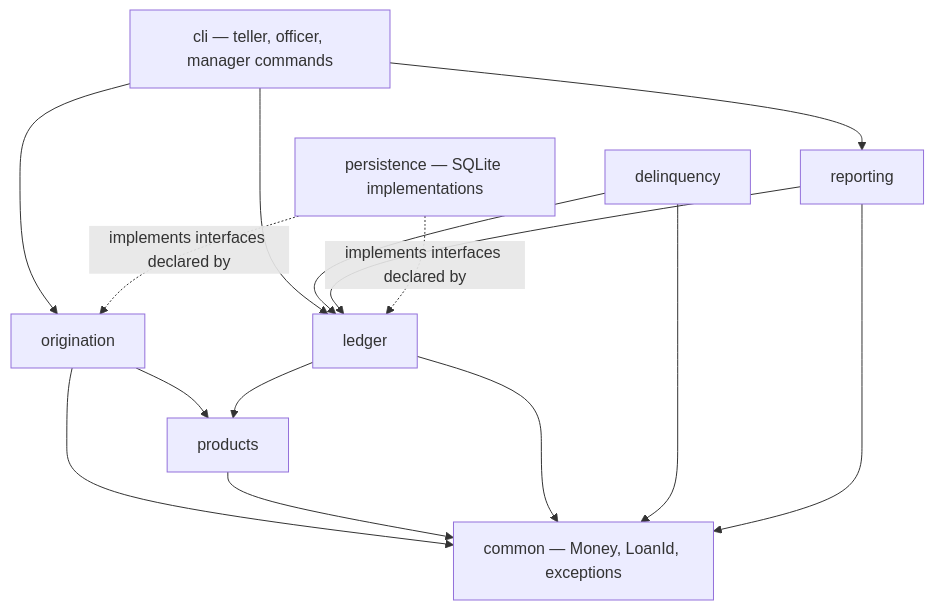
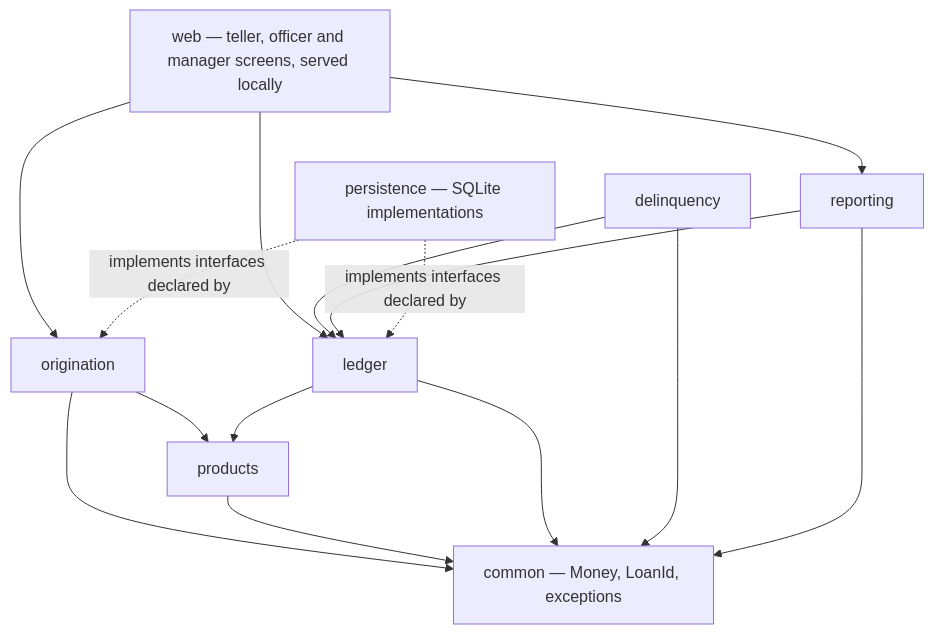
The fourth of 4 diagrams in docs/M1-SE423-Proposal-OOD-Pattern-Plan.md (MicroLend-SE423/microlend), drawn with Mermaid before and after one commit. The commit also changed other lines of this file and 6 other files, not shown here.

First line of the commit message:
docs: local web interface replaces CLI wording; real build instructions

````diff
--- a/docs/M1-SE423-Proposal-OOD-Pattern-Plan.md
+++ b/docs/M1-SE423-Proposal-OOD-Pattern-Plan.md
@@ -370,26 +370,26 @@
 ```mermaid
 flowchart TB
-    CLI[cli — teller, officer, manager commands]
+    WEB[web — teller, officer and manager screens, served locally]
     ORIG[origination]
     PROD[products]
     LED[ledger]
     DEL[delinquency]
     REP[reporting]
     COMMON[common — Money, LoanId, exceptions]
     PERSIST[persistence — SQLite implementations]
 
-    CLI --> ORIG
-    CLI --> LED
-    CLI --> REP
+    WEB --> ORIG
+    WEB --> LED
+    WEB --> REP
     ORIG --> PROD
     ORIG --> COMMON
     PROD --> COMMON
     LED --> PROD
     LED --> COMMON
     DEL --> LED
     DEL --> COMMON
     REP --> LED
     REP --> COMMON
     PERSIST -.implements interfaces declared by.-> LED
     PERSIST -.implements interfaces declared by.-> ORIG
 ```
````
